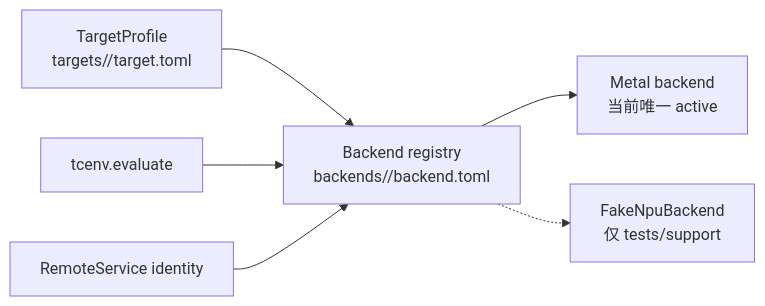
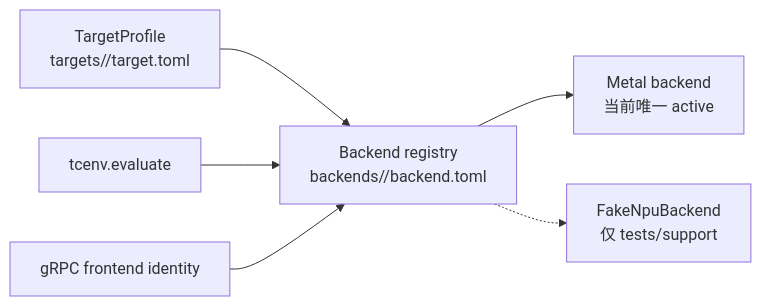
One commit to kuafuwang/ShapeForge changed the eighth of 8 diagrams in docs/架构/执行运行时与设备扩展.md. Above: the diagram before and after it, drawn with Mermaid. The commit also changed other lines of this file and 5 other files, not shown here.

````diff
--- a/docs/架构/执行运行时与设备扩展.md
+++ b/docs/架构/执行运行时与设备扩展.md
@@ -663,8 +629,8 @@
 ```mermaid
 flowchart LR
   T["TargetProfile<br/>targets/<id>/target.toml"] --> B["Backend registry<br/>backends/<id>/backend.toml"]
   B --> M["Metal backend<br/>当前唯一 active"]
   B -.-> F["FakeNpuBackend<br/>仅 tests/support"]
   E["tcenv.evaluate"] --> B
-  R["RemoteService identity"] --> B
+  R["gRPC frontend identity"] --> B
 ```
````
